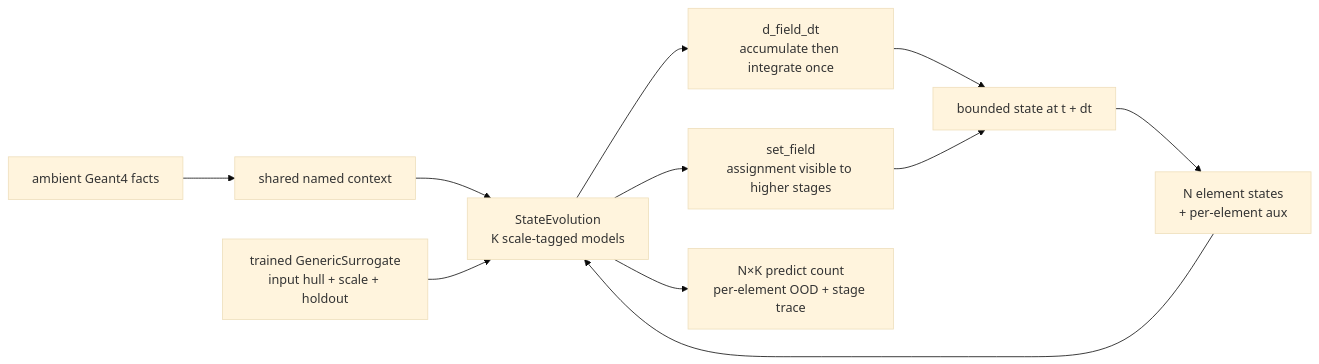
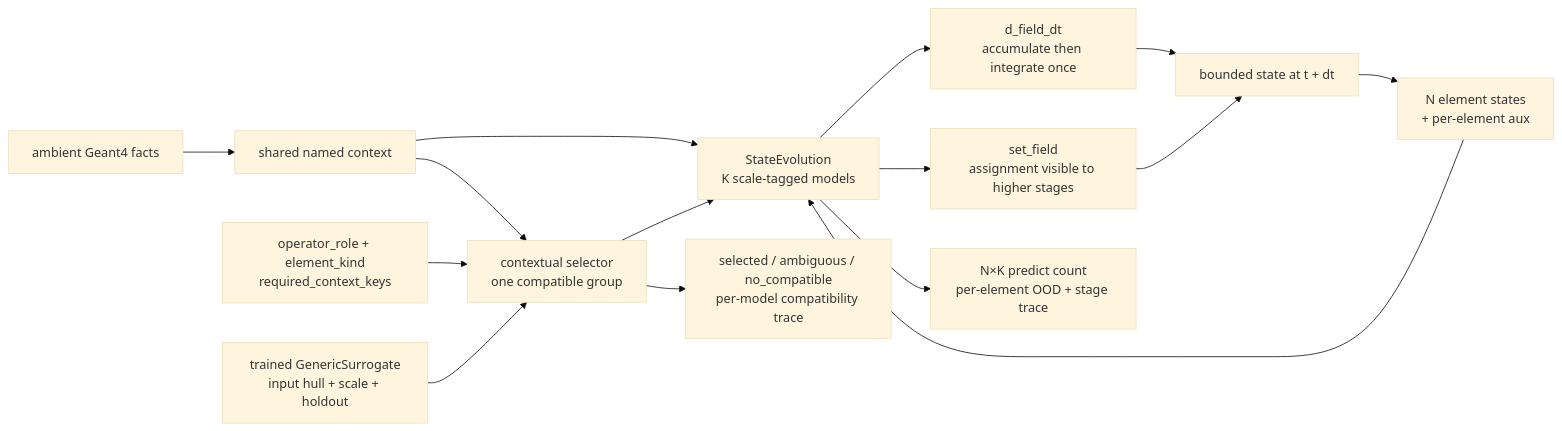
Diagram 24 of 25 in CHARTS.md (Geckos-Ink/trech), drawn with Mermaid (base theme) before and after one commit. The commit also changed other lines of this file and 15 other files, not shown here.

Commit message:
Add contextual inference operator selection

````diff
--- a/CHARTS.md
+++ b/CHARTS.md
@@ -679,13 +679,17 @@
 ```mermaid
 flowchart LR
   G4["ambient Geant4 facts"] --> CTX["shared named context"]
   STATE["N element states\n+ per-element aux"] --> OP["StateEvolution\nK scale-tagged models"]
   CTX --> OP
-  MODEL["trained GenericSurrogate\ninput hull + scale + holdout"] --> OP
+  META["operator_role + element_kind\nrequired_context_keys"] --> SELECT["contextual selector\none compatible group"]
+  CTX --> SELECT
+  MODEL["trained GenericSurrogate\ninput hull + scale + holdout"] --> SELECT
+  SELECT --> OP
+  SELECT --> SELTRACE["selected / ambiguous / no_compatible\nper-model compatibility trace"]
   OP --> RATE["d_field_dt\naccumulate then integrate once"]
   OP --> SET["set_field\nassignment visible to higher stages"]
   RATE --> NEXT["bounded state at t + dt"]
   SET --> NEXT
   NEXT --> STATE
   OP --> PROV["N×K predict count\nper-element OOD + stage trace"]
 ```
````
